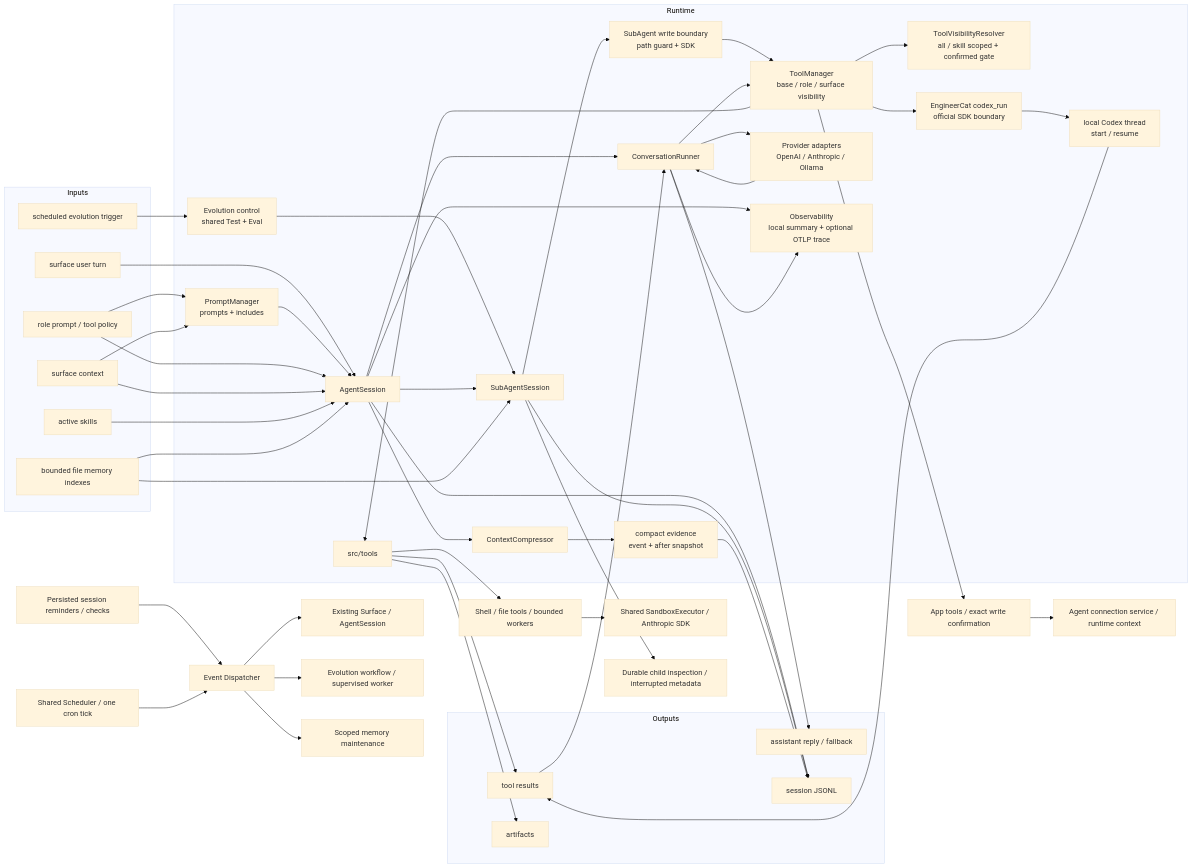
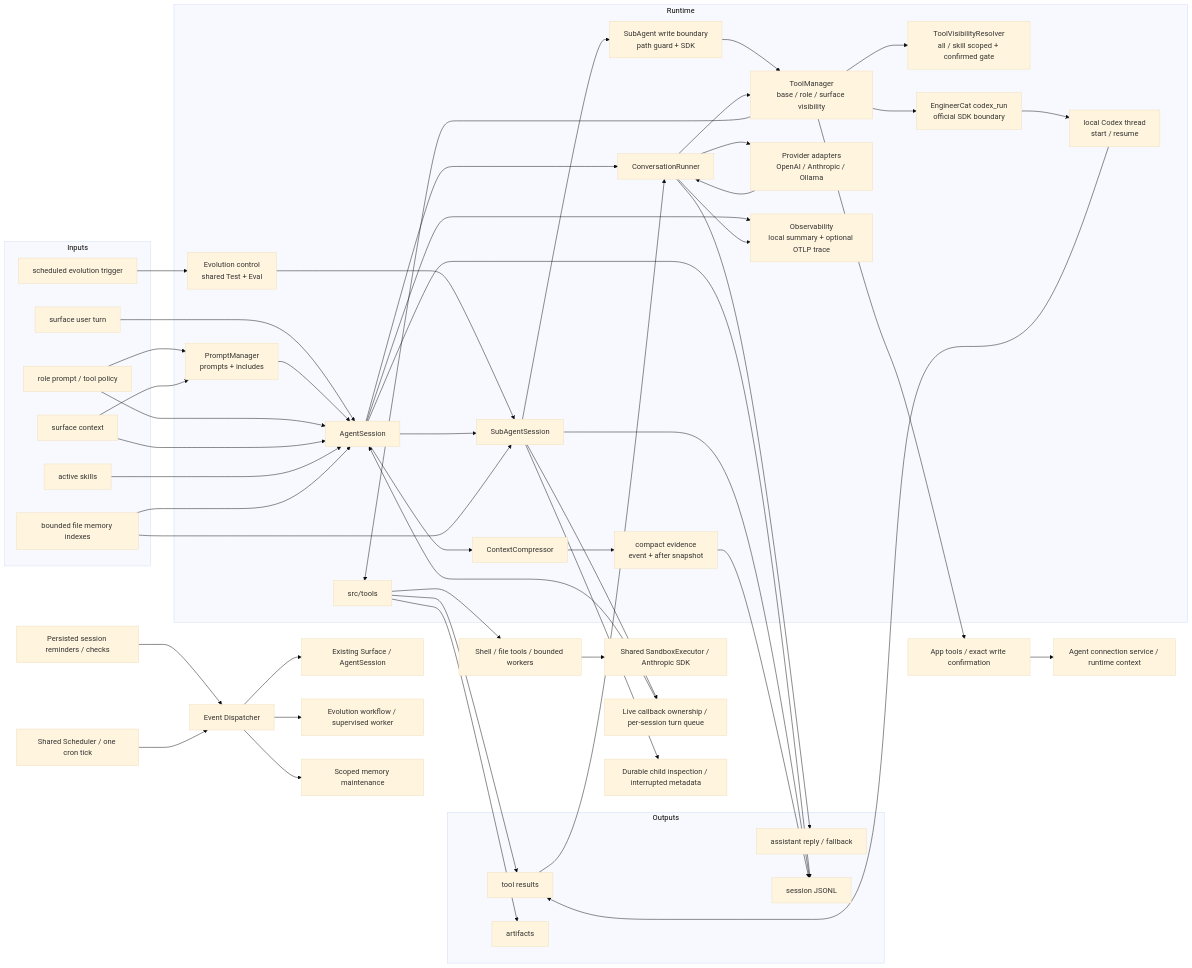
One commit to fightheyyy/xiaobaOS changed the first of 2 diagrams in docs/agent-runtime/SPEC.md. Above: the diagram before and after it, drawn with Mermaid (base theme). The commit also changed other lines of this file and 18 other files, not shown here.

```diff
--- a/docs/agent-runtime/SPEC.md
+++ b/docs/agent-runtime/SPEC.md
@@ -103,6 +103,8 @@
     EvolutionTrigger --> EvolutionControl
     EvolutionControl --> Subagent
     Session --> Subagent
+    Subagent --> Feedback["Live callback ownership / per-session turn queue"]
+    Feedback --> Session
     Subagent --> ChildJournal["Durable child inspection / interrupted metadata"]
     Subagent --> WriteBoundary
     WriteBoundary --> ToolManager
```
